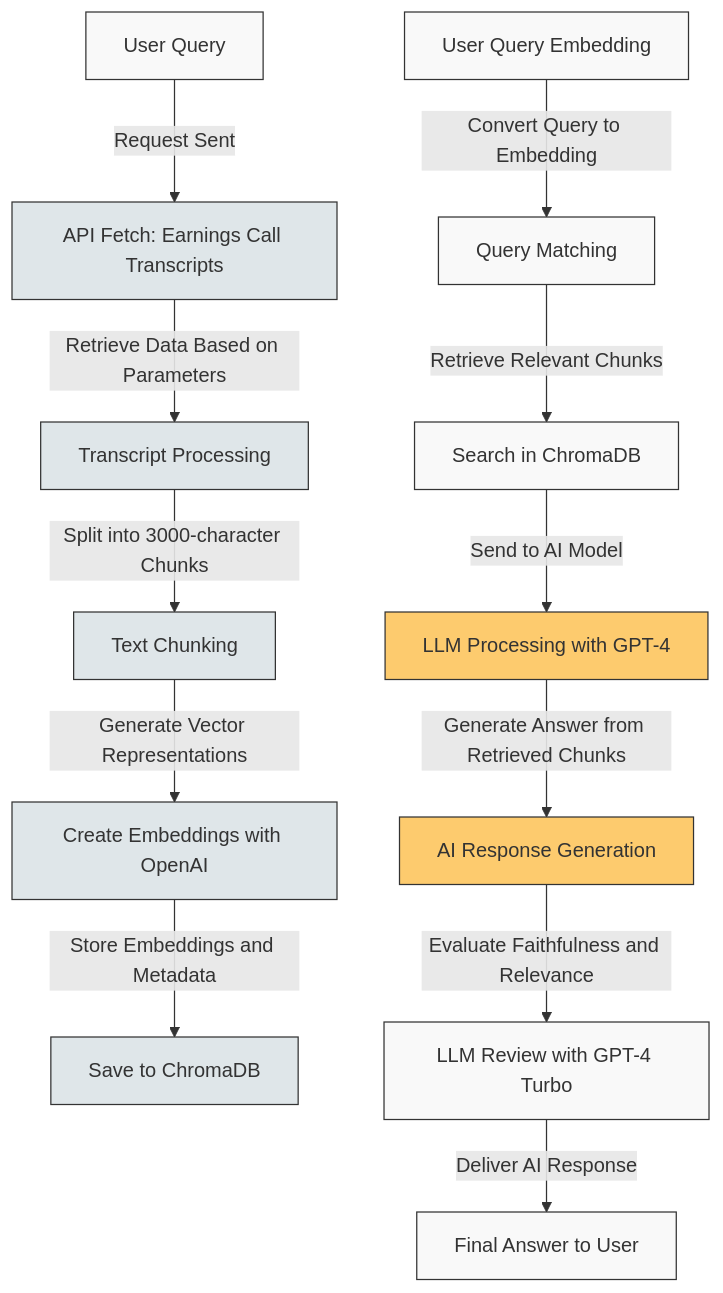
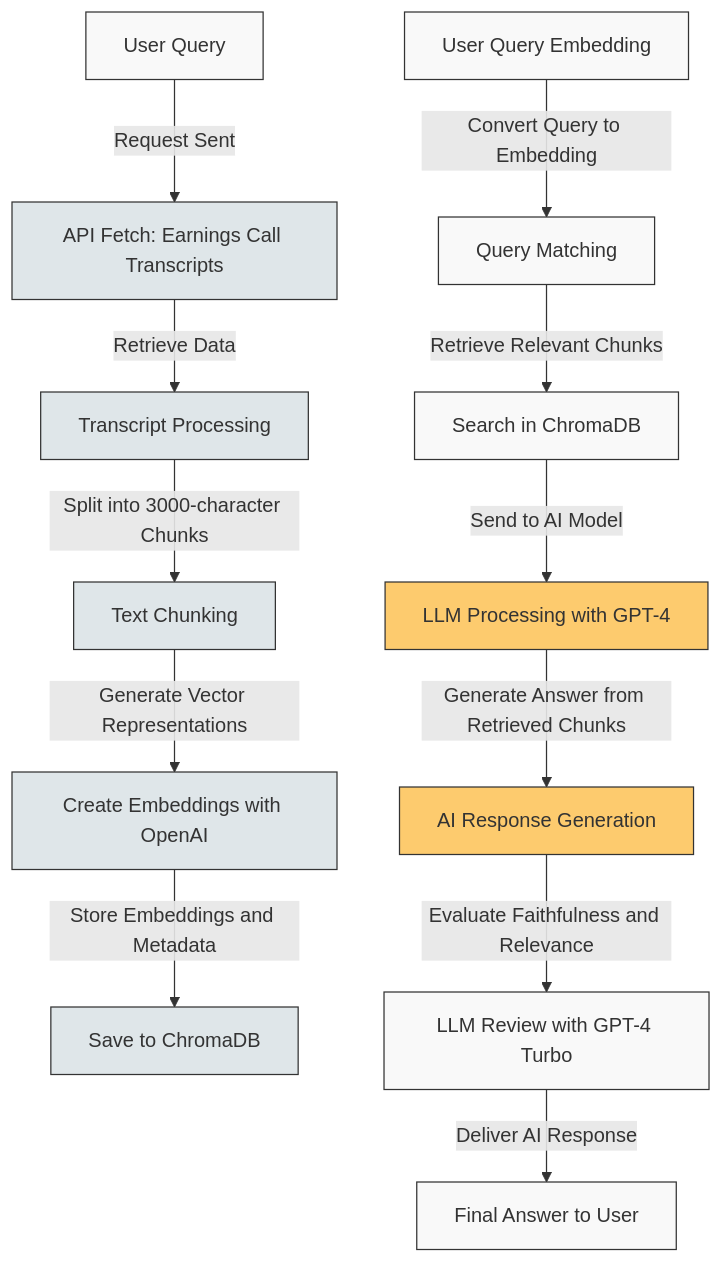
The diagram in README.md (wrdhall3/group-project-3), drawn with Mermaid before and after one commit.

Commit message:
Update README.md mermaid diagram updated

````diff
--- a/README.md
+++ b/README.md
@@ -176,26 +176,26 @@
 ```mermaid
 graph TD;
     A[User Query] -->|Request Sent| B[API Fetch: Earnings Call Transcripts];
-    B -->|Retrieve Data Based on Parameters| C[Transcript Processing];
+    B -->|Retrieve Data| C[Transcript Processing];
     C -->|Split into 3000-character Chunks| D[Text Chunking];
     D -->|Generate Vector Representations| E[Create Embeddings with OpenAI];
     E -->|Store Embeddings and Metadata| F[Save to ChromaDB];
 
     A2[User Query Embedding] -->|Convert Query to Embedding| G[Query Matching];
     G -->|Retrieve Relevant Chunks| H[Search in ChromaDB];
 
     H -->|Send to AI Model| I[LLM Processing with GPT-4];
     I -->|Generate Answer from Retrieved Chunks| J[AI Response Generation];
 
     J -->|Evaluate Faithfulness and Relevance| K[LLM Review with GPT-4 Turbo];
     K -->|Deliver AI Response| L[Final Answer to User];
 
     %% Styling Enhancements
     classDef process fill:#f9f9f9,stroke:#333,stroke-width:1px;
     classDef database fill:#dfe6e9,stroke:#333,stroke-width:1px;
     classDef ai fill:#fdcb6e,stroke:#333,stroke-width:1px;
-    
+
     class A,A2,G,H,K,L process;
     class B,C,D,E,F database;
     class I,J ai;
 ```
````
